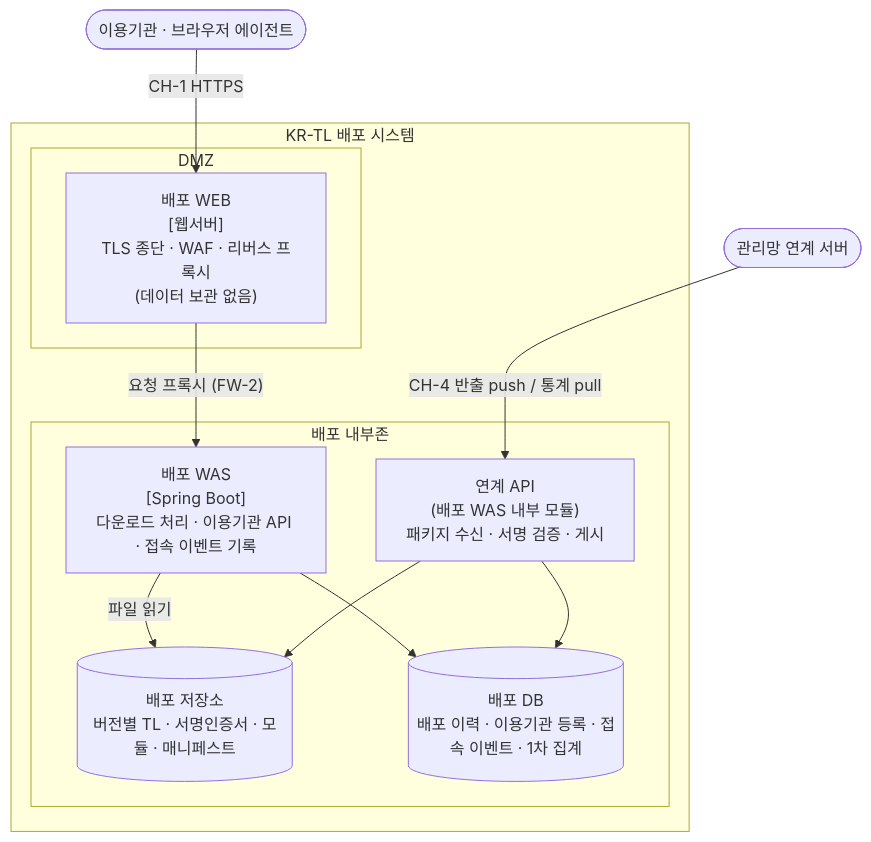
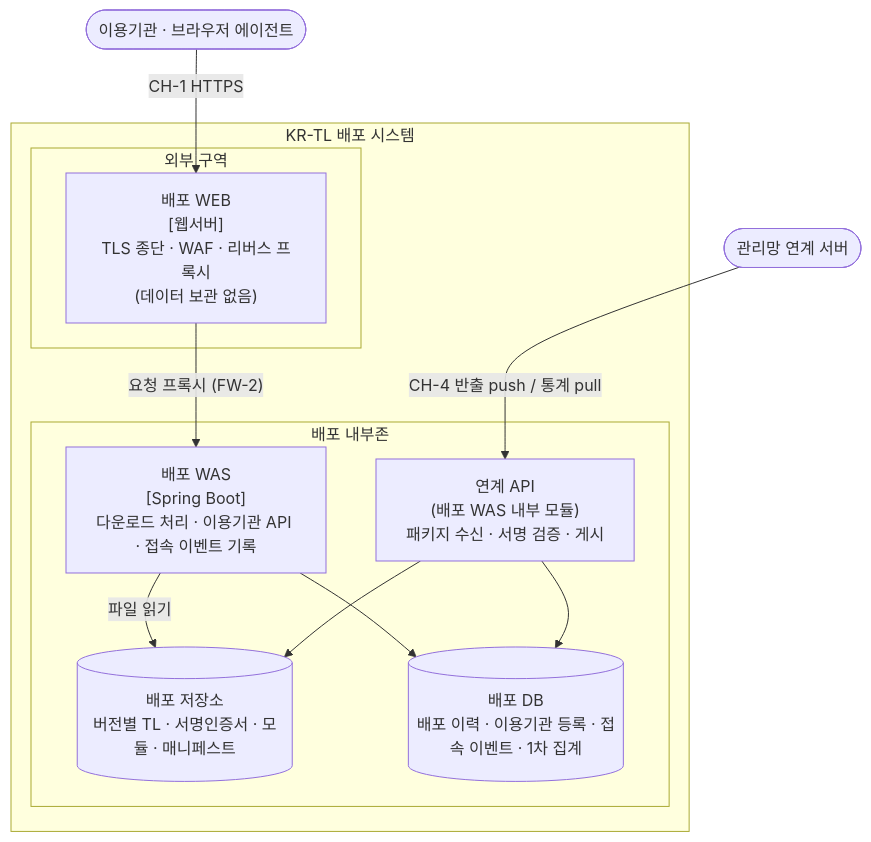
One commit to yongsungkim-electcerti/kr-dss changed the fourth of 7 diagrams in docs/design/KR-TL-관리시스템/부록/C-망구성-상세.md. Above: the diagram before and after it, drawn with Mermaid. The commit also changed other lines of this file and 4 other files, not shown here.

````diff
--- a/docs/design/KR-TL-관리시스템/부록/C-망구성-상세.md
+++ b/docs/design/KR-TL-관리시스템/부록/C-망구성-상세.md
@@ -158,25 +158,25 @@
 ```mermaid
 flowchart TB
     EXT(["이용기관 · 브라우저 에이전트"])
     LINK(["관리망 연계 서버"])
 
     subgraph DIST["KR-TL 배포 시스템"]
-        subgraph DMZ["DMZ"]
+        subgraph EXTZ["외부 구역"]
             WEB["배포 WEB<br/>[웹서버]<br/>TLS 종단 · WAF · 리버스 프록시<br/>(데이터 보관 없음)"]
         end
         subgraph IN["배포 내부존"]
             DWAS["배포 WAS<br/>[Spring Boot]<br/>다운로드 처리 · 이용기관 API · 접속 이벤트 기록"]
             RCV["연계 API<br/>(배포 WAS 내부 모듈)<br/>패키지 수신 · 서명 검증 · 게시"]
             DREPO[("배포 저장소<br/>버전별 TL · 서명인증서 · 모듈 · 매니페스트")]
             DDB[("배포 DB<br/>배포 이력 · 이용기관 등록 · 접속 이벤트 · 1차 집계")]
         end
     end
 
     EXT -- "CH-1 HTTPS" --> WEB
     WEB -- "요청 프록시 (FW-2)" --> DWAS
     DWAS -- "파일 읽기" --> DREPO
     DWAS --> DDB
     LINK -- "CH-4 반출 push / 통계 pull" --> RCV
     RCV --> DREPO
     RCV --> DDB
 ```
````
